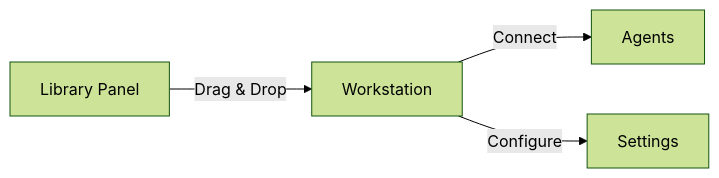
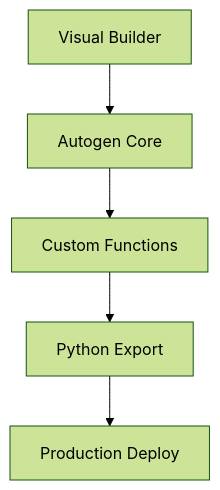
The diagram in profile/README.md (Dotbaseai/.github), drawn with Mermaid (forest theme) before and after one commit. The commit also changed other lines of this file, not shown here.

````diff
--- a/profile/README.md
+++ b/profile/README.md
@@ -50,6 +66,7 @@
 ```mermaid
-graph LR
-    A[Library Panel] -->|Drag & Drop| B[Workstation]
-    B -->|Connect| C[Agents]
-    B -->|Configure| D[Settings]
+graph TD
+    A[Visual Builder] --> B[Autogen Core]
+    B --> C[Custom Functions]
+    C --> D[Python Export]
+    D --> E[Production Deploy]
 ```
````
